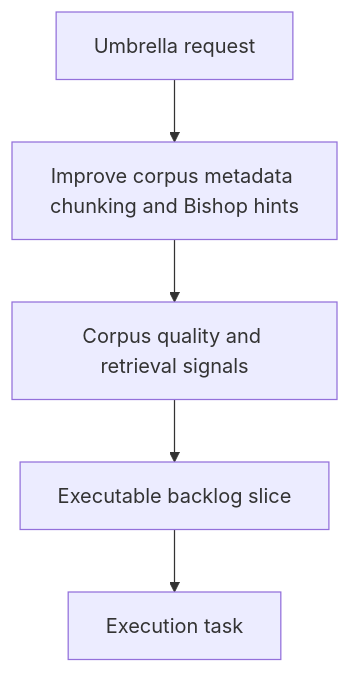
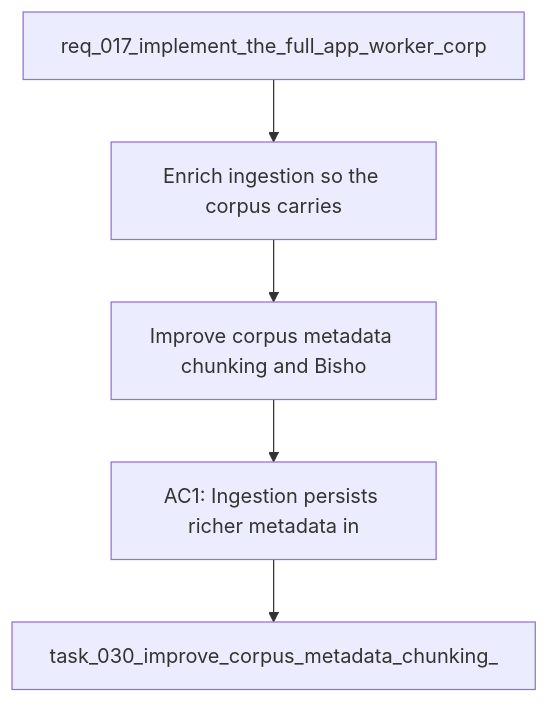
One commit to AlexAgo83/deepvault changed the diagram in logics/backlog/item_062_improve_corpus_metadata_chunking_and_bishop_hints.md. Above: the diagram before and after it, drawn with Mermaid. The commit also changed other lines of this file and 10 other files, not shown here.

Commit message:
chore(logics): close umbrella plan and sync workflow docs

````diff
--- a/logics/backlog/item_062_improve_corpus_metadata_chunking_and_bishop_hints.md
+++ b/logics/backlog/item_062_improve_corpus_metadata_chunking_and_bishop_hints.md
@@ -21,9 +22,9 @@
 ```mermaid
 %% logics-kind: backlog
-%% logics-signature: backlog|improve-corpus-metadata-chunking-and-bis|req-017-implement-the-full-app-worker-co|corpus-quality-and-retrieval-signals|ac1-ingestion-persists-richer-metadata
+%% logics-signature: backlog|improve-corpus-metadata-chunking-and-bis|req-017-implement-the-full-app-worker-co|enrich-ingestion-so-the-corpus-carries|ac1-ingestion-persists-richer-metadata-i
 flowchart TD
-    Request[Umbrella request] --> Problem[Improve corpus metadata chunking and Bishop hints]
-    Problem --> Scope[Corpus quality and retrieval signals]
-    Scope --> Acceptance[Executable backlog slice]
-    Acceptance --> Tasks[Execution task]
+    Request[req_017_implement_the_full_app_worker_corp] --> Problem[Enrich ingestion so the corpus carries]
+    Problem --> Scope[Improve corpus metadata chunking and Bisho]
+    Scope --> Acceptance[AC1: Ingestion persists richer metadata in]
+    Acceptance --> Tasks[task_030_improve_corpus_metadata_chunking_]
 ```
````
